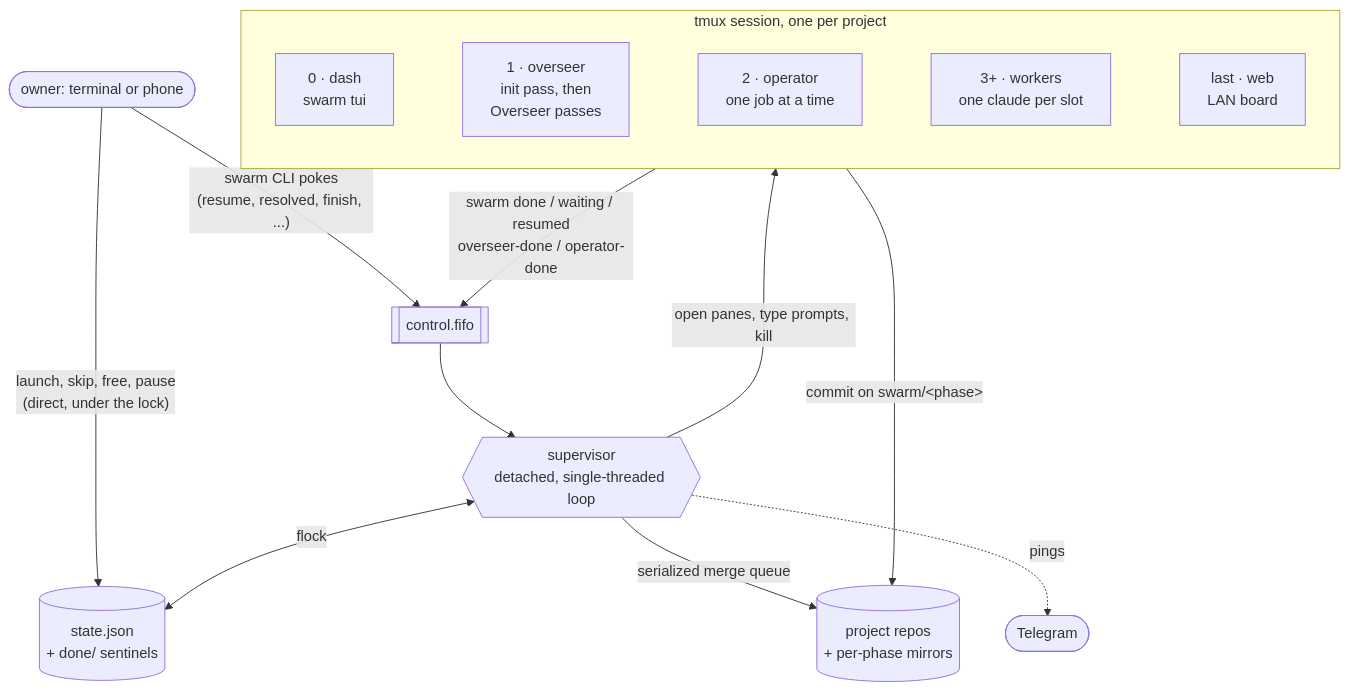
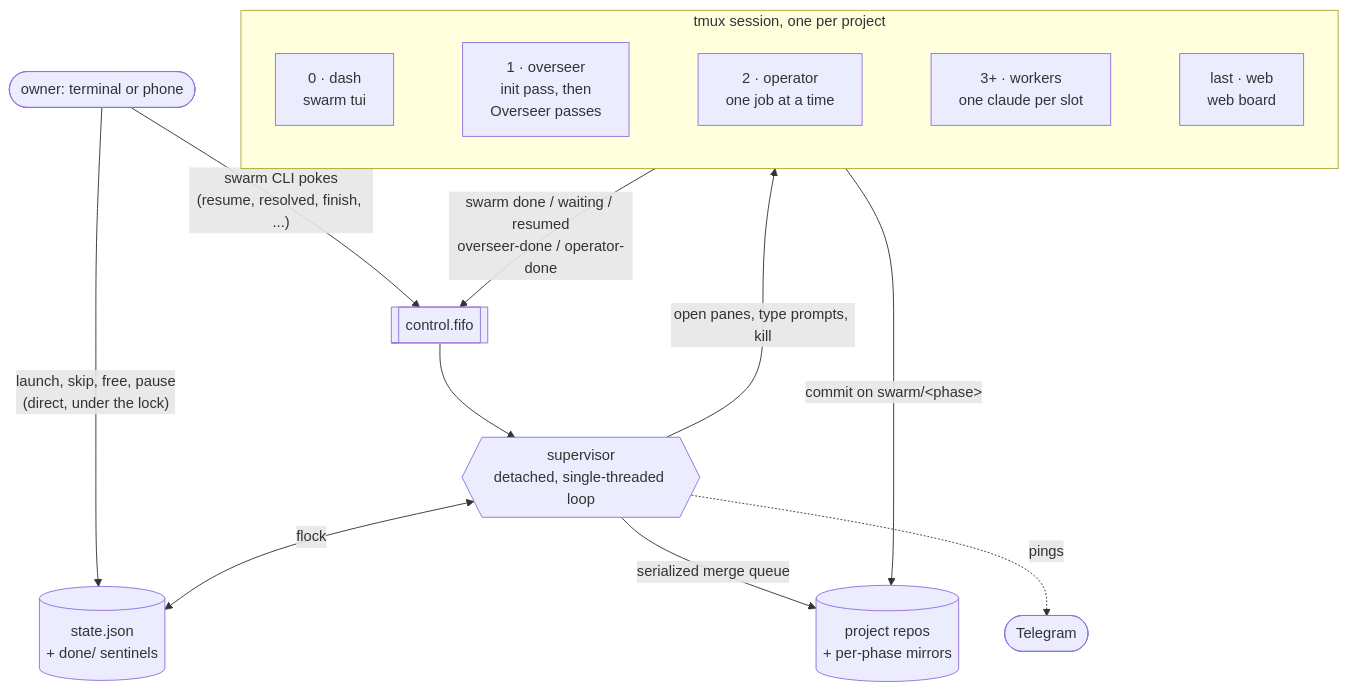
The first of 5 diagrams in README.md (sezaiarda/swarm-orchestrator), drawn with Mermaid before and after one commit. The commit also changed other lines of this file and 9 other files, not shown here.

First line of the commit message:
web: announce the board on the Tailscale IP, not the LAN

````diff
--- a/README.md
+++ b/README.md
@@ -85,25 +85,25 @@
 ```mermaid
 flowchart TB
   owner(["owner: terminal or phone"])
 
   subgraph S["tmux session, one per project"]
     direction LR
-    dash["0 · dash<br/>swarm tui"] ~~~ ovs["1 · overseer<br/>init pass, then<br/>Overseer passes"] ~~~ opw["2 · operator<br/>one job at a time"] ~~~ wk["3+ · workers<br/>one claude per slot"] ~~~ web["last · web<br/>LAN board"]
+    dash["0 · dash<br/>swarm tui"] ~~~ ovs["1 · overseer<br/>init pass, then<br/>Overseer passes"] ~~~ opw["2 · operator<br/>one job at a time"] ~~~ wk["3+ · workers<br/>one claude per slot"] ~~~ web["last · web<br/>web board"]
   end
 
   fifo[["control.fifo"]]
   sup{{"supervisor<br/>detached, single-threaded loop"}}
   sj[("state.json<br/>+ done/ sentinels")]
   git[("project repos<br/>+ per-phase mirrors")]
   tg(["Telegram"])
 
   owner -- "swarm CLI pokes<br/>(resume, resolved, finish, ...)" --> fifo
   owner -- "launch, skip, free, pause<br/>(direct, under the lock)" --> sj
   S -- "swarm done / waiting / resumed<br/>overseer-done / operator-done" --> fifo
   fifo --> sup
   sup <-- "flock" --> sj
   sup -- "open panes, type prompts, kill" --> S
   sup -- "serialized merge queue" --> git
   S -- "commit on swarm/&lt;phase&gt;" --> git
   sup -. "pings" .-> tg
 ```
````
